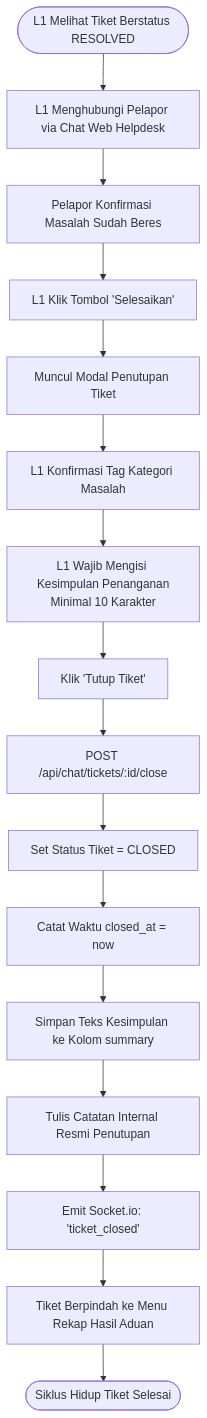
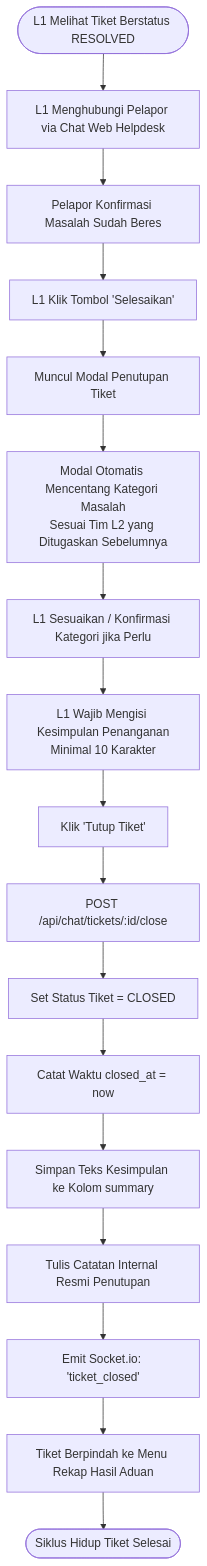
One commit to llaurensius/hts-chat-integration changed the fifth of 5 diagrams in docs/System_Flowcharts.md. Above: the diagram before and after it, drawn with Mermaid. The commit also changed other lines of this file and 12 other files, not shown here.

````diff
--- a/docs/System_Flowcharts.md
+++ b/docs/System_Flowcharts.md
@@ -134,21 +136,22 @@
 ```mermaid
 flowchart TD
     A([L1 Melihat Tiket Berstatus RESOLVED]) --> B[L1 Menghubungi Pelapor via Chat Web Helpdesk]
     B --> C[Pelapor Konfirmasi Masalah Sudah Beres]
     C --> D[L1 Klik Tombol 'Selesaikan']
     D --> E[Muncul Modal Penutupan Tiket]
     
-    E --> F[L1 Konfirmasi Tag Kategori Masalah]
-    F --> G[L1 Wajib Mengisi Kesimpulan Penanganan\nMinimal 10 Karakter]
-    G --> H[Klik 'Tutup Tiket']
+    E --> F[Modal Otomatis Mencentang Kategori Masalah\nSesuai Tim L2 yang Ditugaskan Sebelumnya]
+    F --> G[L1 Sesuaikan / Konfirmasi Kategori jika Perlu]
+    G --> H[L1 Wajib Mengisi Kesimpulan Penanganan\nMinimal 10 Karakter]
+    H --> I[Klik 'Tutup Tiket']
     
-    H --> I[POST /api/chat/tickets/:id/close]
-    I --> J[Set Status Tiket = CLOSED]
-    J --> K[Catat Waktu closed_at = now]
-    K --> L[Simpan Teks Kesimpulan ke Kolom summary]
-    L --> M[Tulis Catatan Internal Resmi Penutupan]
+    I --> J[POST /api/chat/tickets/:id/close]
+    J --> K[Set Status Tiket = CLOSED]
+    K --> L[Catat Waktu closed_at = now]
+    L --> M[Simpan Teks Kesimpulan ke Kolom summary]
+    M --> N[Tulis Catatan Internal Resmi Penutupan]
     
-    M --> N[Emit Socket.io: 'ticket_closed']
-    N --> O[Tiket Berpindah ke Menu Rekap Hasil Aduan]
-    O --> P([Siklus Hidup Tiket Selesai])
+    N --> O[Emit Socket.io: 'ticket_closed']
+    O --> P[Tiket Berpindah ke Menu Rekap Hasil Aduan]
+    P --> Q([Siklus Hidup Tiket Selesai])
 ```
````
